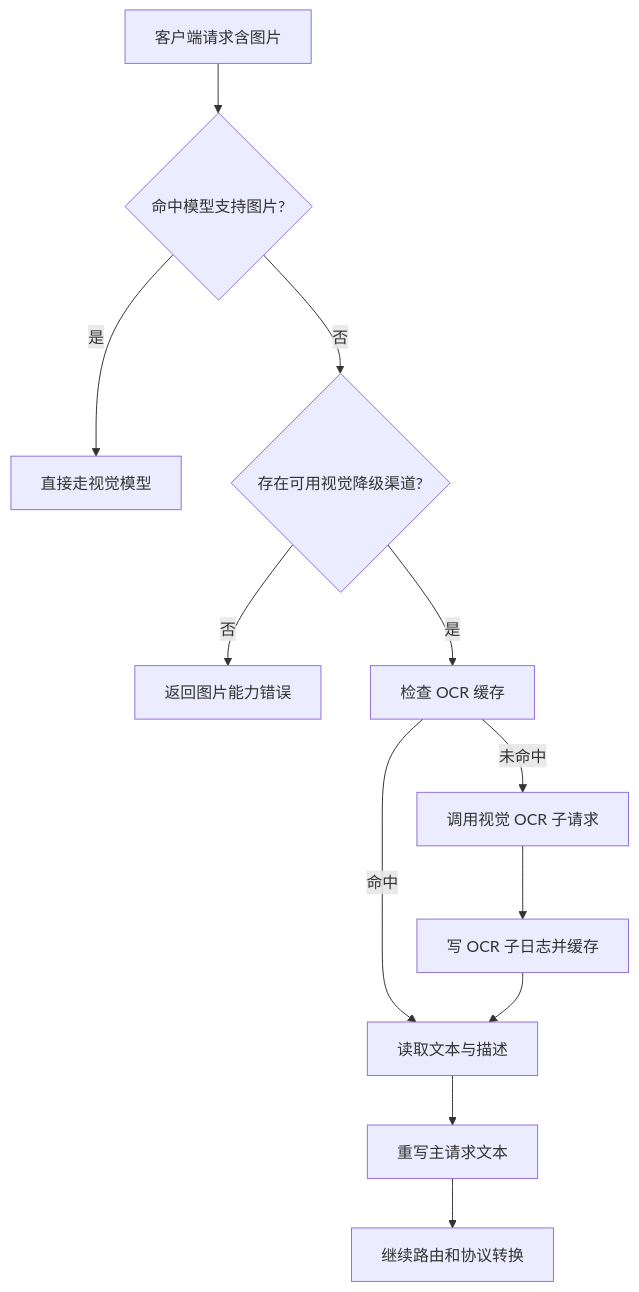
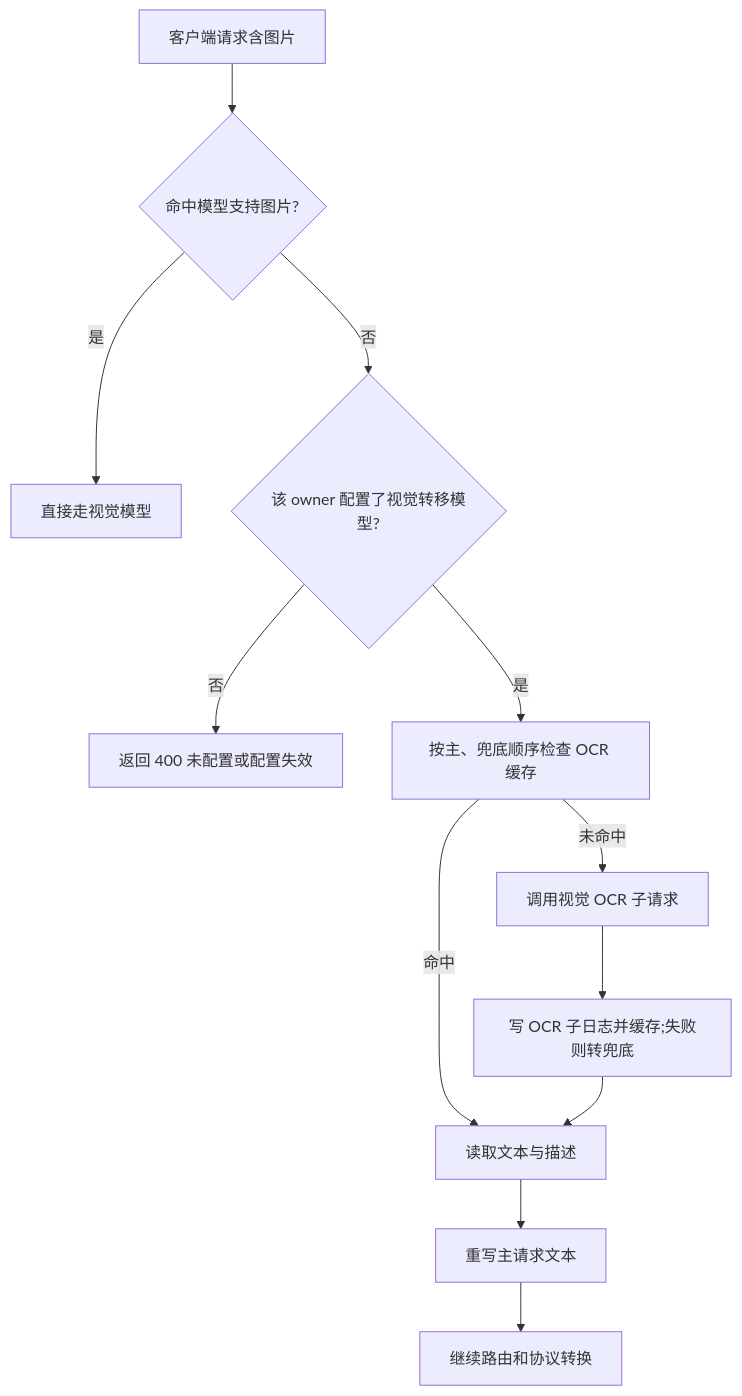
Before and after one commit to shL1481558059/OpenCodex: the third of 3 diagrams in prd/09-tools-multimodal-and-special-flows.md, drawn with Mermaid. The commit also changed other lines of this file and 41 other files, not shown here.

Commit message:
feat: 图片识别转移模型 per-owner 手动配置与兜底重试

````diff
--- a/prd/09-tools-multimodal-and-special-flows.md
+++ b/prd/09-tools-multimodal-and-special-flows.md
@@ -265,14 +265,14 @@
 ```mermaid
 flowchart TD
     A["客户端请求含图片"] --> B{"命中模型支持图片?"}
     B -->|是| C["直接走视觉模型"]
-    B -->|否| D{"存在可用视觉降级渠道?"}
-    D -->|否| E["返回图片能力错误"]
-    D -->|是| F["检查 OCR 缓存"]
+    B -->|否| D{"该 owner 配置了视觉转移模型?"}
+    D -->|否| E["返回 400 未配置或配置失效"]
+    D -->|是| F["按主、兜底顺序检查 OCR 缓存"]
     F -->|命中| G["读取文本与描述"]
     F -->|未命中| H["调用视觉 OCR 子请求"]
-    H --> I["写 OCR 子日志并缓存"]
+    H --> I["写 OCR 子日志并缓存;失败则转兜底"]
     I --> G
     G --> J["重写主请求文本"]
     J --> K["继续路由和协议转换"]
 ```
````
